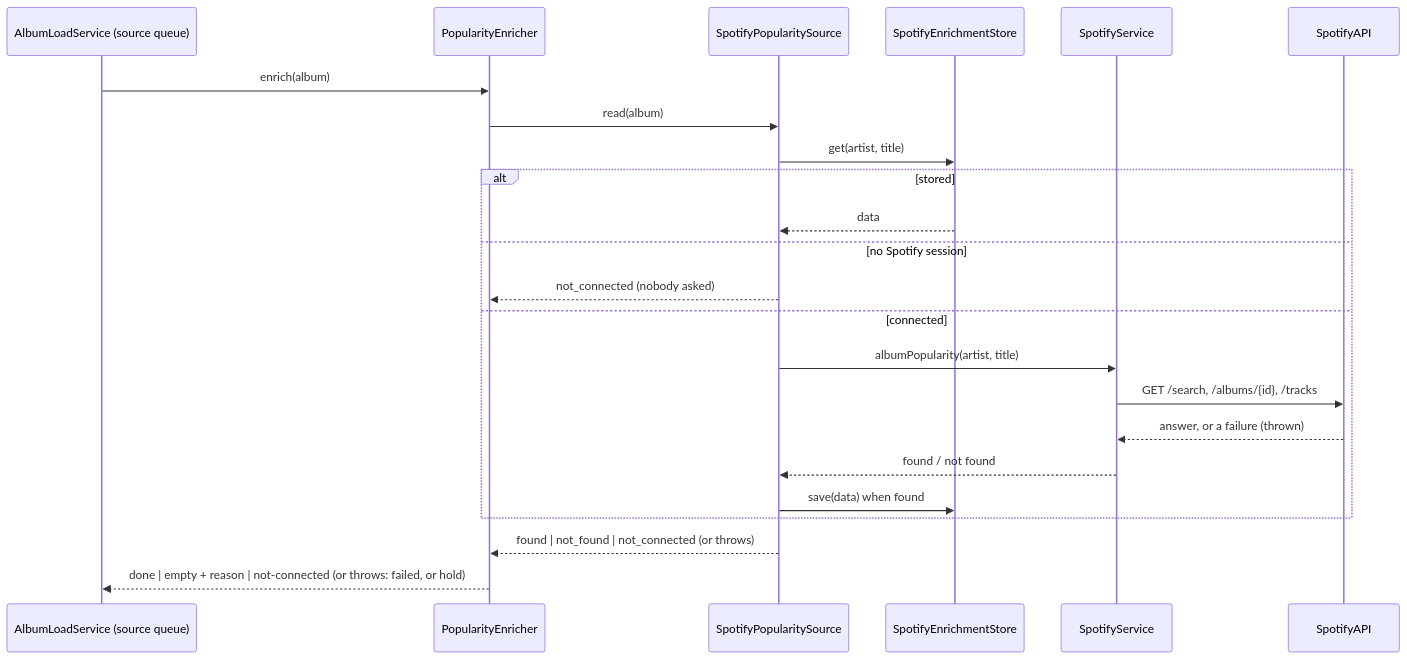
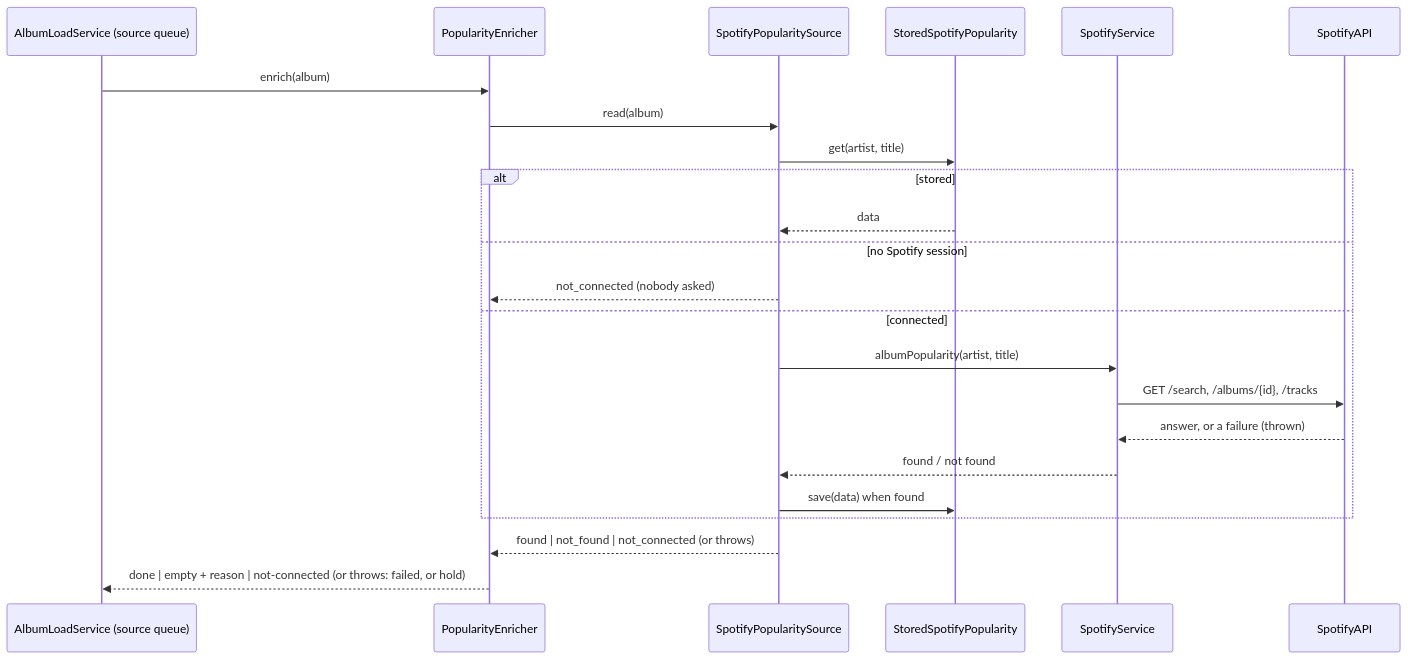
One commit to maujrp99/MJRP_AlbumsBalancedPlaylists_v0 changed the diagram in docs/manual/06_Frontend_Data_Store.md. Above: the diagram before and after it, drawn with Mermaid. The commit also changed 10 other files, not shown here.

First line of the commit message:
fix(F58): the Spotify popularity store becomes a service behind a port (UAT-18)

````diff
--- a/docs/manual/06_Frontend_Data_Store.md
+++ b/docs/manual/06_Frontend_Data_Store.md
@@ -79,26 +79,26 @@
 ```mermaid
 sequenceDiagram
     participant Load as AlbumLoadService (source queue)
     participant Enricher as PopularityEnricher
     participant Source as SpotifyPopularitySource
-    participant Stored as SpotifyEnrichmentStore
+    participant Stored as StoredSpotifyPopularity
     participant API as SpotifyService
     participant External as SpotifyAPI
 
     Load->>Enricher: enrich(album)
     Enricher->>Source: read(album)
     Source->>Stored: get(artist, title)
     alt stored
         Stored-->>Source: data
     else no Spotify session
         Source-->>Enricher: not_connected (nobody asked)
     else connected
         Source->>API: albumPopularity(artist, title)
         API->>External: GET /search, /albums/{id}, /tracks
         External-->>API: answer, or a failure (thrown)
         API-->>Source: found / not found
         Source->>Stored: save(data) when found
     end
     Source-->>Enricher: found | not_found | not_connected (or throws)
     Enricher-->>Load: done | empty + reason | not-connected (or throws: failed, or hold)
 ```
````
